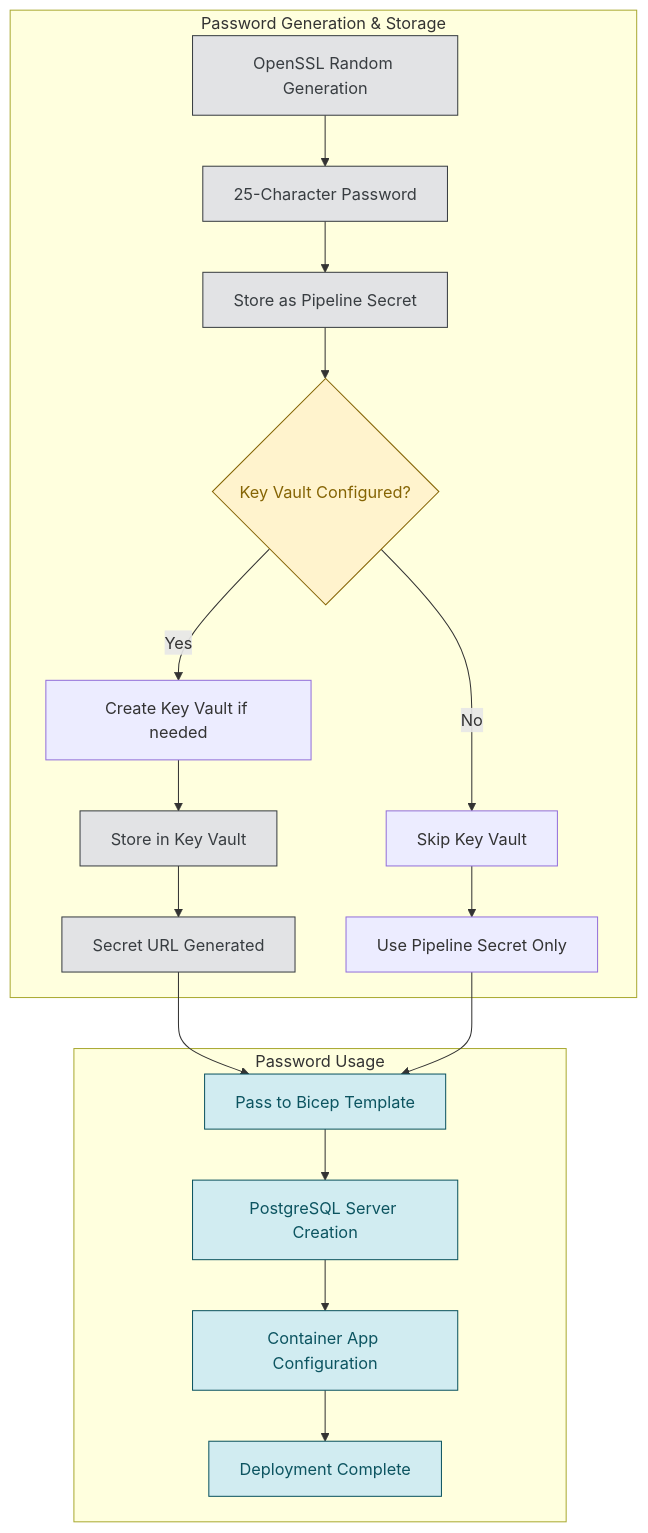
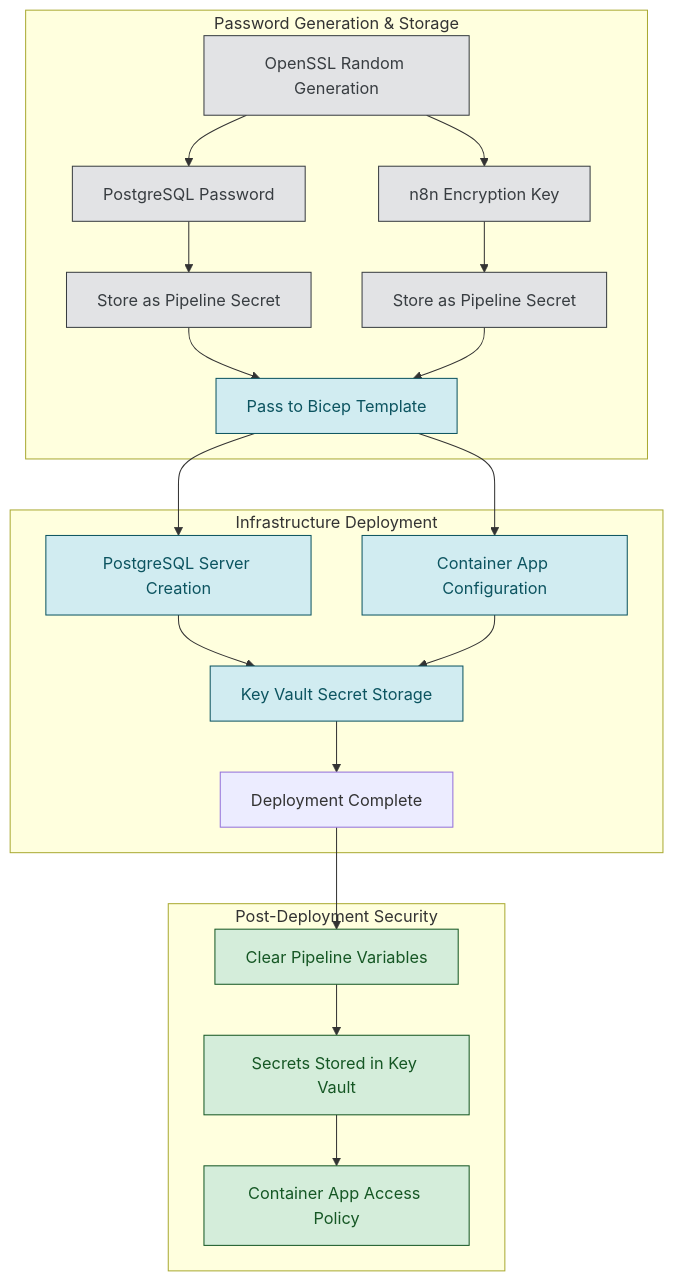
One commit to srmds/n8n-azure-apps-quick-starter changed the fifth of 12 diagrams in docs/cicd-pipeline.md. Above: the diagram before and after it, drawn with Mermaid. The commit also changed other lines of this file and 15 other files, not shown here.

````diff
--- a/docs/cicd-pipeline.md
+++ b/docs/cicd-pipeline.md
@@ -170,29 +174,33 @@
 ```mermaid
 graph TB
     subgraph "Password Generation & Storage"
-        A[OpenSSL Random Generation] --> B[25-Character Password]
-        B --> C[Store as Pipeline Secret]
-        C --> D{Key Vault Configured?}
-        D -->|Yes| E[Create Key Vault if needed]
-        D -->|No| F[Skip Key Vault]
-        E --> G[Store in Key Vault]
-        G --> H[Secret URL Generated]
-        F --> I[Use Pipeline Secret Only]
+        A[OpenSSL Random Generation] --> B[PostgreSQL Password]
+        A --> C[n8n Encryption Key]
+        B --> D[Store as Pipeline Secret]
+        C --> E[Store as Pipeline Secret]
+        D --> F[Pass to Bicep Template]
+        E --> F
     end
 
-    subgraph "Password Usage"
-        H --> J[Pass to Bicep Template]
-        I --> J
-        J --> K[PostgreSQL Server Creation]
-        K --> L[Container App Configuration]
-        L --> M[Deployment Complete]
+    subgraph "Infrastructure Deployment"
+        F --> G[PostgreSQL Server Creation]
+        F --> H[Container App Configuration]
+        G --> I[Key Vault Secret Storage]
+        H --> I
+        I --> J[Deployment Complete]
+    end
+
+    subgraph "Post-Deployment Security"
+        J --> K[Clear Pipeline Variables]
+        K --> L[Secrets Stored in Key Vault]
+        L --> M[Container App Access Policy]
     end
 
     classDef security fill:#e2e3e5,stroke:#383d41,color:#383d41
     classDef process fill:#d1ecf1,stroke:#0c5460,color:#0c5460
-    classDef decision fill:#fff3cd,stroke:#856404,color:#856404
+    classDef storage fill:#d4edda,stroke:#155724,color:#155724
 
-    class A,B,C,G,H security
-    class J,K,L,M process
-    class D decision
+    class A,B,C,D,E security
+    class F,G,H,I process
+    class K,L,M storage
 ```
````
